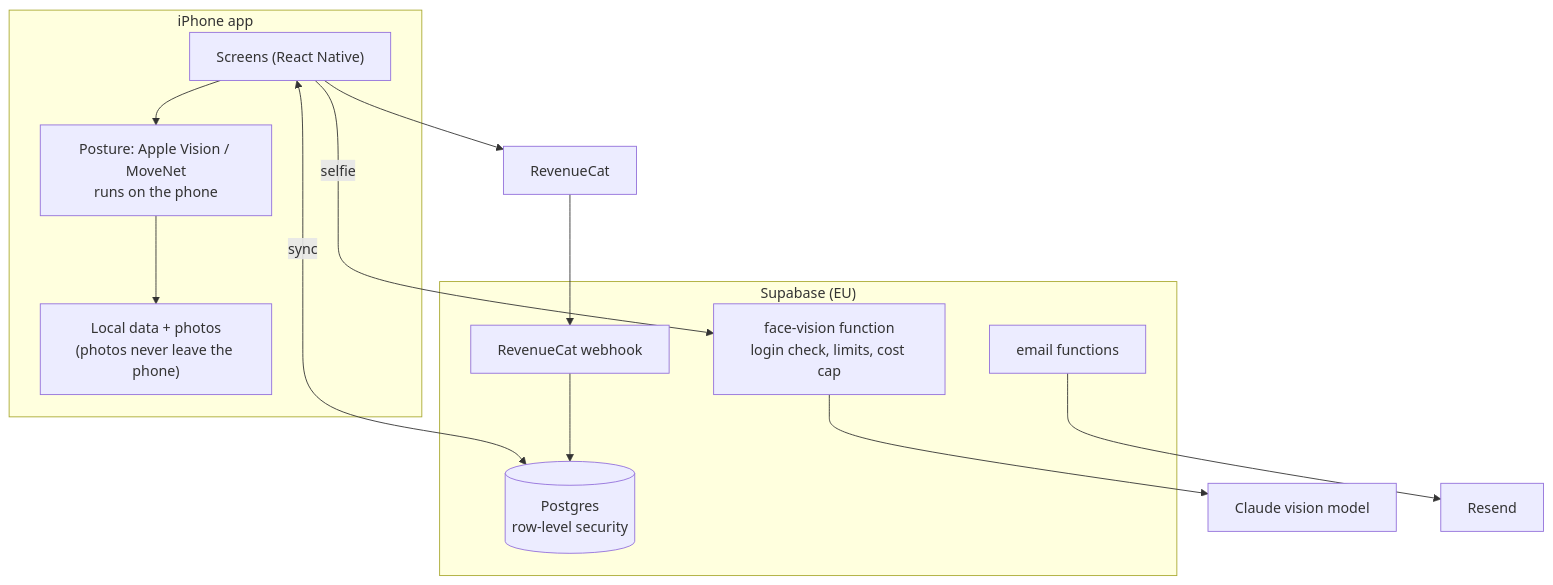
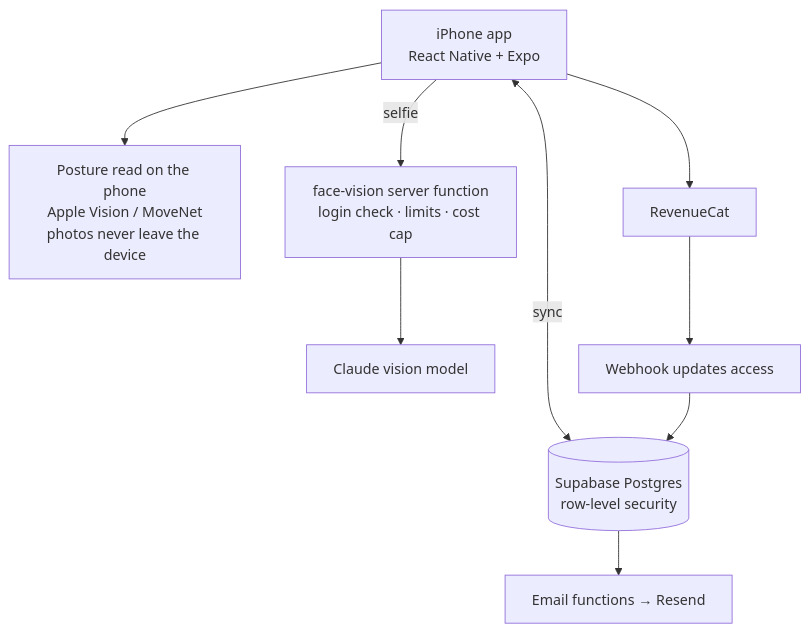
One commit to visionas9/aswell-showcase changed the diagram in README.md. Above: the diagram before and after it, drawn with Mermaid.

Commit message:
README: simpler architecture diagram

````diff
--- a/README.md
+++ b/README.md
@@ -55,25 +55,17 @@
 ```mermaid
 flowchart TB
-  subgraph Phone["iPhone app"]
-    UI["Screens (React Native)"]
-    Pose["Posture: Apple Vision / MoveNet<br/>runs on the phone"]
-    Store["Local data + photos<br/>(photos never leave the phone)"]
-  end
+  App["iPhone app<br/>React Native + Expo"]
+  Pose["Posture read on the phone<br/>Apple Vision / MoveNet<br/>photos never leave the device"]
+  Face["face-vision server function<br/>login check · limits · cost cap"]
+  AI["Claude vision model"]
+  DB[("Supabase Postgres<br/>row-level security")]
+  RC["RevenueCat"]
+  Hook["Webhook updates access"]
+  Mail["Email functions → Resend"]
 
-  subgraph Supabase["Supabase (EU)"]
-    Face["face-vision function<br/>login check, limits, cost cap"]
-    DB[("Postgres<br/>row-level security")]
-    Mail["email functions"]
-    Hook["RevenueCat webhook"]
-  end
-
-  AI["Claude vision model"]
-  RC["RevenueCat"]
-  Resend["Resend"]
-
-  UI --> Pose --> Store
-  UI -- "selfie" --> Face --> AI
-  UI <-- "sync" --> DB
-  UI --> RC --> Hook --> DB
-  Mail --> Resend
+  App --> Pose
+  App -- "selfie" --> Face --> AI
+  App <-- "sync" --> DB
+  App --> RC --> Hook --> DB
+  DB --> Mail
 ```
````
